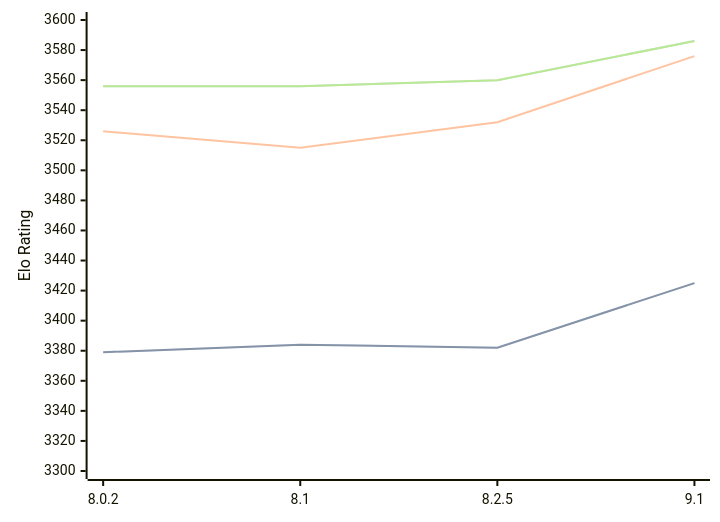
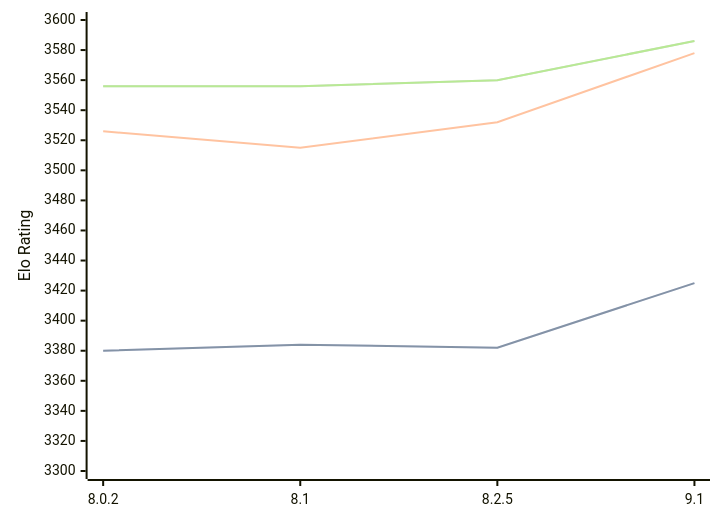
The diagram in engines/Clover.md (computer-chess-index/cci), drawn with Mermaid before and after one commit. The commit also changed other lines of this file, not shown here.

````diff
--- a/engines/Clover.md
+++ b/engines/Clover.md
@@ -62,11 +62,11 @@
 ```mermaid
 %%{init: {"theme":"base","themeVariables":{"seriesColors:['#a3a3a3','#222221','#faa371']}}}%%
 xychart-beta
   x-axis ["8.0.2", "8.1", "8.2.5", "9.1"]
   y-axis "Elo Rating" 3300 --> 3600
-  line "STC (8.0+0.08s)" [3379, 3384, 3382, 3425]
-  line "STC (8.0+0.08s)" [3379, 3384, 3382, 3425]
-  line "LTC (60.0+0.60s)" [3526, 3515, 3532, 3576]
+  line "STC (8.0+0.08s)" [3380, 3384, 3382, 3425]
+  line "STC (8.0+0.08s)" [3380, 3384, 3382, 3425]
+  line "LTC (60.0+0.60s)" [3526, 3515, 3532, 3578]
   line "VLTC (2m24s+1.12s)" [3556, 3556, 3560, 3586]
   line "VLTC (2m24s+1.12s)" [3556, 3556, 3560, 3586]
 ```
````
